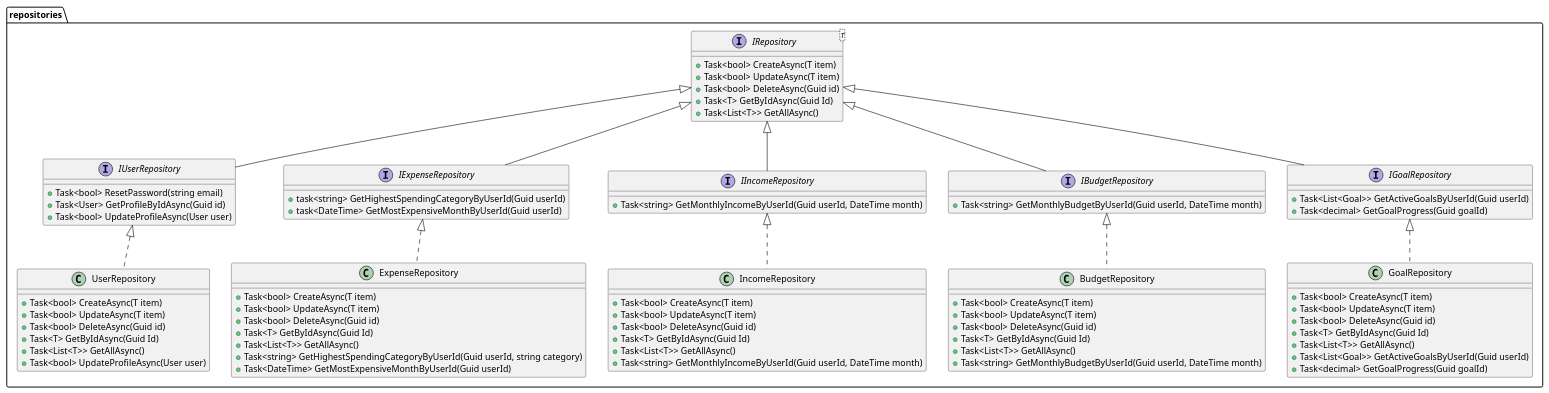
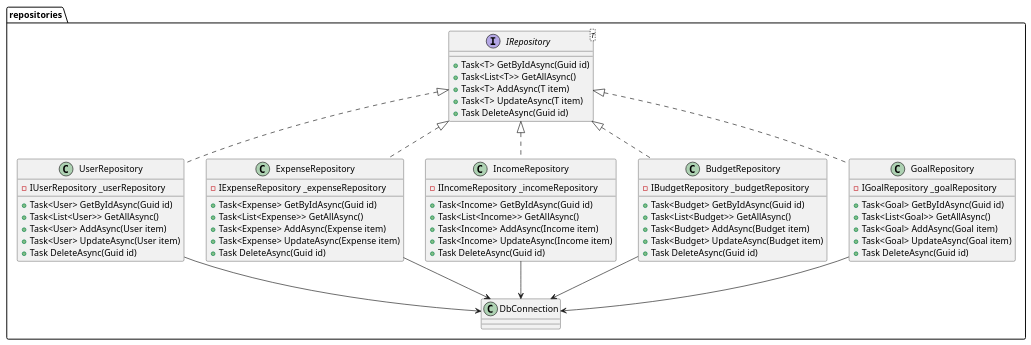
Before and after one commit to programacion-6/ExpenseTrackerGroup3: the diagram in Design/repositories.puml, drawn with PlantUML. The commit also changed 7 other files, not shown here.

```diff
--- a/Design/repositories.puml
+++ b/Design/repositories.puml
@@ -1,84 +1,64 @@
 @startuml repositories
 
 package "repositories" {
     interface IRepository<T> {
-        + Task<bool> CreateAsync(T item)
-        + Task<bool> UpdateAsync(T item)
-        + Task<bool> DeleteAsync(Guid id)
-        + Task<T> GetByIdAsync(Guid Id)
+        + Task<T> GetByIdAsync(Guid id)
         + Task<List<T>> GetAllAsync()
+        + Task<T> AddAsync(T item)
+        + Task<T> UpdateAsync(T item)
+        + Task DeleteAsync(Guid id)
     }
 
-    interface IUserRepository extends IRepository {
-        + Task<bool> ResetPassword(string email)
-        + Task<User> GetProfileByIdAsync(Guid id)
-        + Task<bool> UpdateProfileAsync(User user)
+    class UserRepository implements IRepository<User> {
+        - IUserRepository _userRepository
+        + Task<User> GetByIdAsync(Guid id)
+        + Task<List<User>> GetAllAsync()
+        + Task<User> AddAsync(User item)
+        + Task<User> UpdateAsync(User item)
+        + Task DeleteAsync(Guid id)
     }
 
-    class UserRepository implements IUserRepository {
-        + Task<bool> CreateAsync(T item)
-        + Task<bool> UpdateAsync(T item)
-        + Task<bool> DeleteAsync(Guid id)
-        + Task<T> GetByIdAsync(Guid Id)
-        + Task<List<T>> GetAllAsync()
-        + Task<bool> UpdateProfileAsync(User user)
+    class ExpenseRepository implements IRepository<Expense> {
+        - IExpenseRepository _expenseRepository
+        + Task<Expense> GetByIdAsync(Guid id)
+        + Task<List<Expense>> GetAllAsync()
+        + Task<Expense> AddAsync(Expense item)
+        + Task<Expense> UpdateAsync(Expense item)
+        + Task DeleteAsync(Guid id)
     }
 
-    interface IExpenseRepository extends IRepository {
-        + task<string> GetHighestSpendingCategoryByUserId(Guid userId)
-        + task<DateTime> GetMostExpensiveMonthByUserId(Guid userId)
+    class IncomeRepository implements IRepository<Income> {
+        - IIncomeRepository _incomeRepository
+        + Task<Income> GetByIdAsync(Guid id)
+        + Task<List<Income>> GetAllAsync()
+        + Task<Income> AddAsync(Income item)
+        + Task<Income> UpdateAsync(Income item)
+        + Task DeleteAsync(Guid id)
     }
 
-    class ExpenseRepository implements IExpenseRepository {
-        + Task<bool> CreateAsync(T item)
-        + Task<bool> UpdateAsync(T item)
-        + Task<bool> DeleteAsync(Guid id)
-        + Task<T> GetByIdAsync(Guid Id)
-        + Task<List<T>> GetAllAsync()
-        + Task<string> GetHighestSpendingCategoryByUserId(Guid userId, string category)
-        + Task<DateTime> GetMostExpensiveMonthByUserId(Guid userId)
+    class BudgetRepository implements IRepository<Budget> {
+        - IBudgetRepository _budgetRepository
+        + Task<Budget> GetByIdAsync(Guid id)
+        + Task<List<Budget>> GetAllAsync()
+        + Task<Budget> AddAsync(Budget item)
+        + Task<Budget> UpdateAsync(Budget item)
+        + Task DeleteAsync(Guid id)
     }
 
-    interface IIncomeRepository extends IRepository {
-        + Task<string> GetMonthlyIncomeByUserId(Guid userId, DateTime month)
+    class GoalRepository implements IRepository<Goal> {
+        - IGoalRepository _goalRepository
+        + Task<Goal> GetByIdAsync(Guid id)
+        + Task<List<Goal>> GetAllAsync()
+        + Task<Goal> AddAsync(Goal item)
+        + Task<Goal> UpdateAsync(Goal item)
+        + Task DeleteAsync(Guid id)
     }
 
-    class IncomeRepository implements IIncomeRepository {
-        + Task<bool> CreateAsync(T item)
-        + Task<bool> UpdateAsync(T item)
-        + Task<bool> DeleteAsync(Guid id)
-        + Task<T> GetByIdAsync(Guid Id)
-        + Task<List<T>> GetAllAsync()
-        + Task<string> GetMonthlyIncomeByUserId(Guid userId, DateTime month)
-    }
-
-    interface IBudgetRepository extends IRepository {
-        + Task<string> GetMonthlyBudgetByUserId(Guid userId, DateTime month)
-    }
-
-    class BudgetRepository implements IBudgetRepository {
-        + Task<bool> CreateAsync(T item)
-        + Task<bool> UpdateAsync(T item)
-        + Task<bool> DeleteAsync(Guid id)
-        + Task<T> GetByIdAsync(Guid Id)
-        + Task<List<T>> GetAllAsync()
-        + Task<string> GetMonthlyBudgetByUserId(Guid userId, DateTime month)
-    }
-
-    interface IGoalRepository extends IRepository {
-        + Task<List<Goal>> GetActiveGoalsByUserId(Guid userId)
-        + Task<decimal> GetGoalProgress(Guid goalId)
-    }
-
-    class GoalRepository implements IGoalRepository {
-        + Task<bool> CreateAsync(T item)
-        + Task<bool> UpdateAsync(T item)
-        + Task<bool> DeleteAsync(Guid id)
-        + Task<T> GetByIdAsync(Guid Id)
-        + Task<List<T>> GetAllAsync()
-        + Task<List<Goal>> GetActiveGoalsByUserId(Guid userId)
-        + Task<decimal> GetGoalProgress(Guid goalId)
-    }
+    UserRepository --> DbConnection
+    ExpenseRepository --> DbConnection
+    IncomeRepository --> DbConnection
+    BudgetRepository --> DbConnection
+    GoalRepository --> DbConnection
 }
 
 @enduml
```
